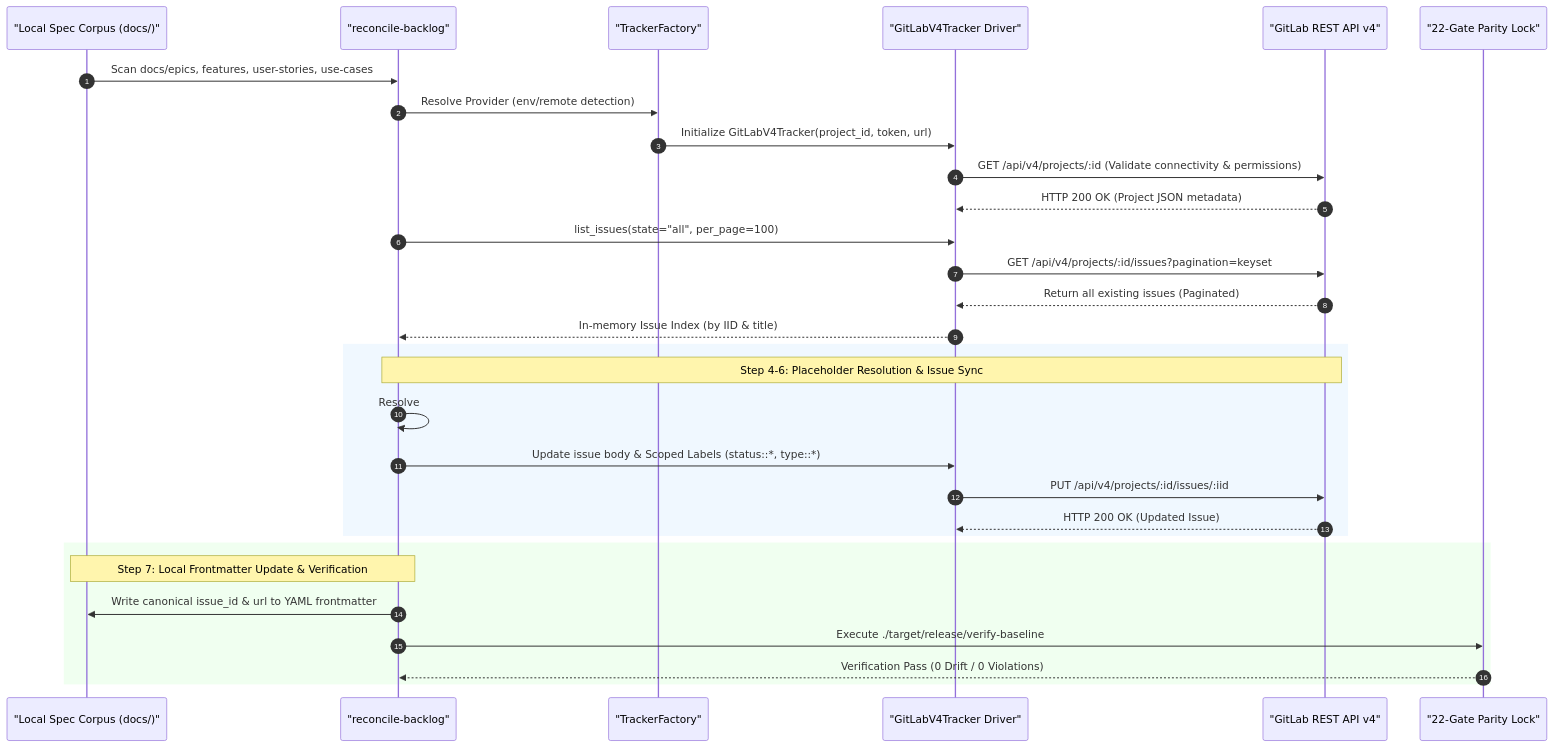
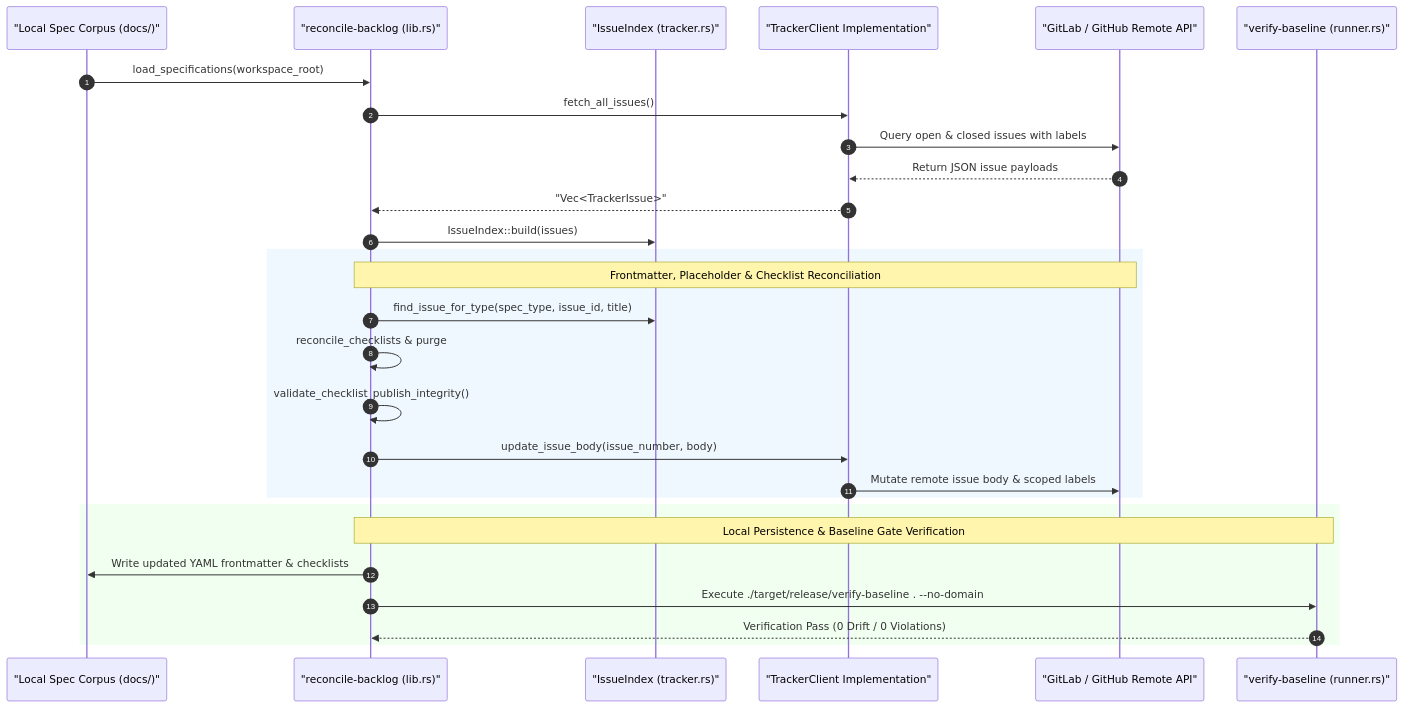
Before and after one commit to gintatkinson/DEAP01-spec-core: the fifth of 19 diagrams in docs/architecture/blueprints/MULTI_PROVIDER_GITLAB_INFRASTRUCTURE_ARCHITECTURE.md, drawn with Mermaid. The commit also changed other lines of this file and 28 other files, not shown here.

Commit message:
feat(verify-baseline,deap-core,compile-sysml): implement Option C blueprint capabilities and Check 37 blueprint grounding gate

````diff
--- a/docs/architecture/blueprints/MULTI_PROVIDER_GITLAB_INFRASTRUCTURE_ARCHITECTURE.md
+++ b/docs/architecture/blueprints/MULTI_PROVIDER_GITLAB_INFRASTRUCTURE_ARCHITECTURE.md
@@ -362,36 +396,33 @@
 ```mermaid
 sequenceDiagram
     autonumber
     participant LocalDisk as "Local Spec Corpus (docs/)"
-    participant Reconciler as "reconcile-backlog"
-    participant Factory as "TrackerFactory"
-    participant Driver as "GitLabV4Tracker Driver"
-    participant GL_API as "GitLab REST API v4"
-    participant Auditor as "22-Gate Parity Lock"
+    participant Reconciler as "reconcile-backlog (lib.rs)"
+    participant Index as "IssueIndex (tracker.rs)"
+    participant Driver as "TrackerClient Implementation"
+    participant RemoteAPI as "GitLab / GitHub Remote API"
+    participant Verifier as "verify-baseline (runner.rs)"
 
-    LocalDisk->>Reconciler: Scan docs/epics, features, user-stories, use-cases
-    Reconciler->>Factory: Resolve Provider (env/remote detection)
-    Factory->>Driver: Initialize GitLabV4Tracker(project_id, token, url)
-    Driver->>GL_API: GET /api/v4/projects/:id (Validate connectivity & permissions)
-    GL_API-->>Driver: HTTP 200 OK (Project JSON metadata)
-
-    Reconciler->>Driver: list_issues(state="all", per_page=100)
-    Driver->>GL_API: GET /api/v4/projects/:id/issues?pagination=keyset
-    GL_API-->>Driver: Return all existing issues (Paginated)
-    Driver-->>Reconciler: In-memory Issue Index (by IID & title)
+    LocalDisk->>Reconciler: load_specifications(workspace_root)
+    Reconciler->>Driver: fetch_all_issues()
+    Driver->>RemoteAPI: Query open & closed issues with labels
+    RemoteAPI-->>Driver: Return JSON issue payloads
+    Driver-->>Reconciler: "Vec<TrackerIssue>"
+    Reconciler->>Index: IssueIndex::build(issues)
 
     rect rgb(240, 248, 255)
-        Note over Reconciler,GL_API: Step 4-6: Placeholder Resolution & Issue Sync
-        Reconciler->>Reconciler: Resolve #[IssueID] -> #[IID] in dependencies
-        Reconciler->>Driver: Update issue body & Scoped Labels (status::*, type::*)
-        Driver->>GL_API: PUT /api/v4/projects/:id/issues/:iid
-        GL_API-->>Driver: HTTP 200 OK (Updated Issue)
+        Note over Reconciler,RemoteAPI: Frontmatter, Placeholder & Checklist Reconciliation
+        Reconciler->>Index: find_issue_for_type(spec_type, issue_id, title)
+        Reconciler->>Reconciler: reconcile_checklists & purge #[IssueID] placeholders
+        Reconciler->>Reconciler: validate_checklist_publish_integrity()
+        Reconciler->>Driver: update_issue_body(issue_number, body)
+        Driver->>RemoteAPI: Mutate remote issue body & scoped labels
     end
 
     rect rgb(240, 255, 240)
-        Note over Reconciler,LocalDisk: Step 7: Local Frontmatter Update & Verification
-        Reconciler->>LocalDisk: Write canonical issue_id & url to YAML frontmatter
-        Reconciler->>Auditor: Execute ./target/release/verify-baseline
-        Auditor-->>Reconciler: Verification Pass (0 Drift / 0 Violations)
+        Note over Reconciler,Verifier: Local Persistence & Baseline Gate Verification
+        Reconciler->>LocalDisk: Write updated YAML frontmatter & checklists
+        Reconciler->>Verifier: Execute ./target/release/verify-baseline . --no-domain
+        Verifier-->>Reconciler: Verification Pass (0 Drift / 0 Violations)
     end
 ```
````
